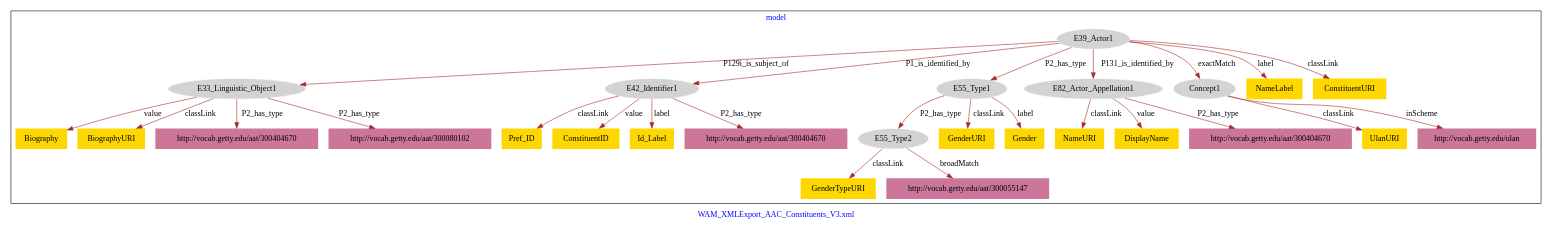
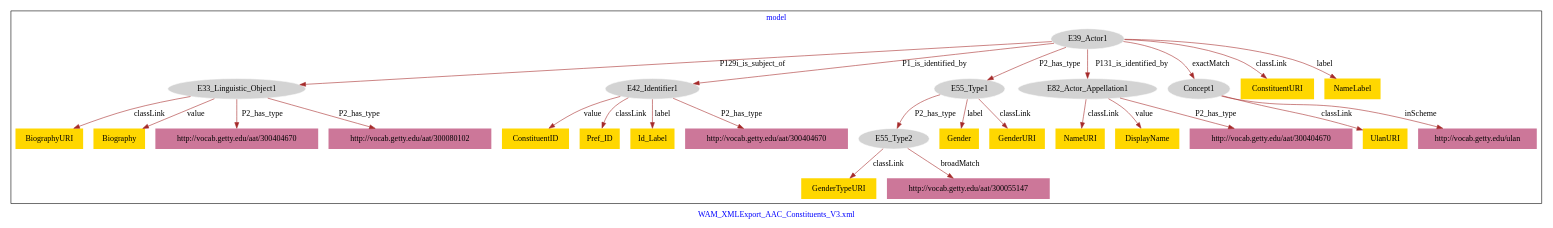
One commit to american-art/wam changed the diagram in WAM_AAC_Constituents_individual/WAM_AAC_Constituents_individual-model.dot. Above: the diagram before and after it, drawn with Graphviz.

Commit message:
Update file WAM_AAC_Constituents_individual-model.dot

```diff
--- a/WAM_AAC_Constituents_individual/WAM_AAC_Constituents_individual-model.dot
+++ b/WAM_AAC_Constituents_individual/WAM_AAC_Constituents_individual-model.dot
@@ -1,59 +1,59 @@
 digraph n0 {
 fontcolor="blue"
 remincross="true"
 label="WAM_XMLExport_AAC_Constituents_V3.xml"
 subgraph cluster {
 label="model"
 n2[style="filled",color="white",fillcolor="lightgray",label="E39_Actor1"];
 n3[style="filled",color="white",fillcolor="lightgray",label="E33_Linguistic_Object1"];
 n4[style="filled",color="white",fillcolor="lightgray",label="E42_Identifier1"];
 n5[style="filled",color="white",fillcolor="lightgray",label="E55_Type1"];
 n6[style="filled",color="white",fillcolor="lightgray",label="E82_Actor_Appellation1"];
 n7[style="filled",color="white",fillcolor="lightgray",label="Concept1"];
 n8[style="filled",color="white",fillcolor="lightgray",label="E55_Type2"];
-n9[shape="plaintext",style="filled",fillcolor="gold",label="GenderURI"];
-n10[shape="plaintext",style="filled",fillcolor="gold",label="NameLabel"];
-n11[shape="plaintext",style="filled",fillcolor="gold",label="Pref_ID"];
-n12[shape="plaintext",style="filled",fillcolor="gold",label="NameURI"];
-n13[shape="plaintext",style="filled",fillcolor="gold",label="GenderTypeURI"];
-n14[shape="plaintext",style="filled",fillcolor="gold",label="Biography"];
-n15[shape="plaintext",style="filled",fillcolor="gold",label="Gender"];
-n16[shape="plaintext",style="filled",fillcolor="gold",label="ConstituentID"];
-n17[shape="plaintext",style="filled",fillcolor="gold",label="Id_Label"];
-n18[shape="plaintext",style="filled",fillcolor="gold",label="UlanURI"];
-n19[shape="plaintext",style="filled",fillcolor="gold",label="ConstituentURI"];
-n20[shape="plaintext",style="filled",fillcolor="gold",label="BiographyURI"];
-n21[shape="plaintext",style="filled",fillcolor="gold",label="DisplayName"];
+n9[shape="plaintext",style="filled",fillcolor="gold",label="GenderTypeURI"];
+n10[shape="plaintext",style="filled",fillcolor="gold",label="BiographyURI"];
+n11[shape="plaintext",style="filled",fillcolor="gold",label="NameURI"];
+n12[shape="plaintext",style="filled",fillcolor="gold",label="Biography"];
+n13[shape="plaintext",style="filled",fillcolor="gold",label="ConstituentID"];
+n14[shape="plaintext",style="filled",fillcolor="gold",label="Pref_ID"];
+n15[shape="plaintext",style="filled",fillcolor="gold",label="ConstituentURI"];
+n16[shape="plaintext",style="filled",fillcolor="gold",label="Gender"];
+n17[shape="plaintext",style="filled",fillcolor="gold",label="UlanURI"];
+n18[shape="plaintext",style="filled",fillcolor="gold",label="DisplayName"];
+n19[shape="plaintext",style="filled",fillcolor="gold",label="GenderURI"];
+n20[shape="plaintext",style="filled",fillcolor="gold",label="Id_Label"];
+n21[shape="plaintext",style="filled",fillcolor="gold",label="NameLabel"];
 n22[shape="plaintext",style="filled",fillcolor="#CC7799",label="http://vocab.getty.edu/aat/300404670"];
 n23[shape="plaintext",style="filled",fillcolor="#CC7799",label="http://vocab.getty.edu/aat/300404670"];
 n24[shape="plaintext",style="filled",fillcolor="#CC7799",label="http://vocab.getty.edu/aat/300080102"];
 n25[shape="plaintext",style="filled",fillcolor="#CC7799",label="http://vocab.getty.edu/aat/300404670"];
 n26[shape="plaintext",style="filled",fillcolor="#CC7799",label="http://vocab.getty.edu/aat/300055147"];
 n27[shape="plaintext",style="filled",fillcolor="#CC7799",label="http://vocab.getty.edu/ulan"];
 }
 n2 -> n3[color="brown",fontcolor="black",label="P129i_is_subject_of"]
 n2 -> n4[color="brown",fontcolor="black",label="P1_is_identified_by"]
 n2 -> n5[color="brown",fontcolor="black",label="P2_has_type"]
 n2 -> n6[color="brown",fontcolor="black",label="P131_is_identified_by"]
 n2 -> n7[color="brown",fontcolor="black",label="exactMatch"]
 n5 -> n8[color="brown",fontcolor="black",label="P2_has_type"]
-n5 -> n9[color="brown",fontcolor="black",label="classLink"]
-n2 -> n10[color="brown",fontcolor="black",label="label"]
-n4 -> n11[color="brown",fontcolor="black",label="classLink"]
-n6 -> n12[color="brown",fontcolor="black",label="classLink"]
-n8 -> n13[color="brown",fontcolor="black",label="classLink"]
-n3 -> n14[color="brown",fontcolor="black",label="value"]
-n5 -> n15[color="brown",fontcolor="black",label="label"]
-n4 -> n16[color="brown",fontcolor="black",label="value"]
-n4 -> n17[color="brown",fontcolor="black",label="label"]
-n7 -> n18[color="brown",fontcolor="black",label="classLink"]
-n2 -> n19[color="brown",fontcolor="black",label="classLink"]
-n3 -> n20[color="brown",fontcolor="black",label="classLink"]
-n6 -> n21[color="brown",fontcolor="black",label="value"]
+n8 -> n9[color="brown",fontcolor="black",label="classLink"]
+n3 -> n10[color="brown",fontcolor="black",label="classLink"]
+n6 -> n11[color="brown",fontcolor="black",label="classLink"]
+n3 -> n12[color="brown",fontcolor="black",label="value"]
+n4 -> n13[color="brown",fontcolor="black",label="value"]
+n4 -> n14[color="brown",fontcolor="black",label="classLink"]
+n2 -> n15[color="brown",fontcolor="black",label="classLink"]
+n5 -> n16[color="brown",fontcolor="black",label="label"]
+n7 -> n17[color="brown",fontcolor="black",label="classLink"]
+n6 -> n18[color="brown",fontcolor="black",label="value"]
+n5 -> n19[color="brown",fontcolor="black",label="classLink"]
+n4 -> n20[color="brown",fontcolor="black",label="label"]
+n2 -> n21[color="brown",fontcolor="black",label="label"]
 n6 -> n22[color="brown",fontcolor="black",label="P2_has_type"]
 n3 -> n23[color="brown",fontcolor="black",label="P2_has_type"]
 n3 -> n24[color="brown",fontcolor="black",label="P2_has_type"]
 n4 -> n25[color="brown",fontcolor="black",label="P2_has_type"]
 n8 -> n26[color="brown",fontcolor="black",label="broadMatch"]
 n7 -> n27[color="brown",fontcolor="black",label="inScheme"]
 }
```
